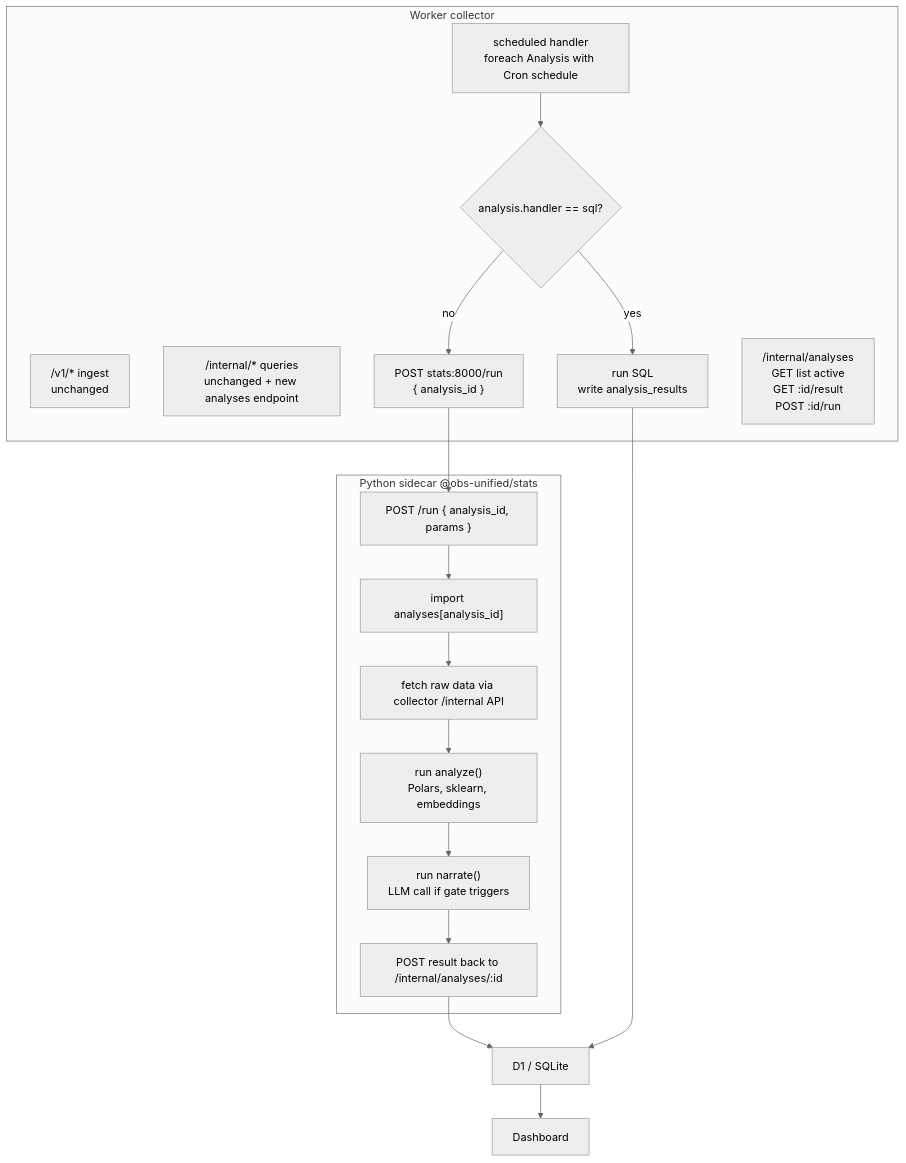
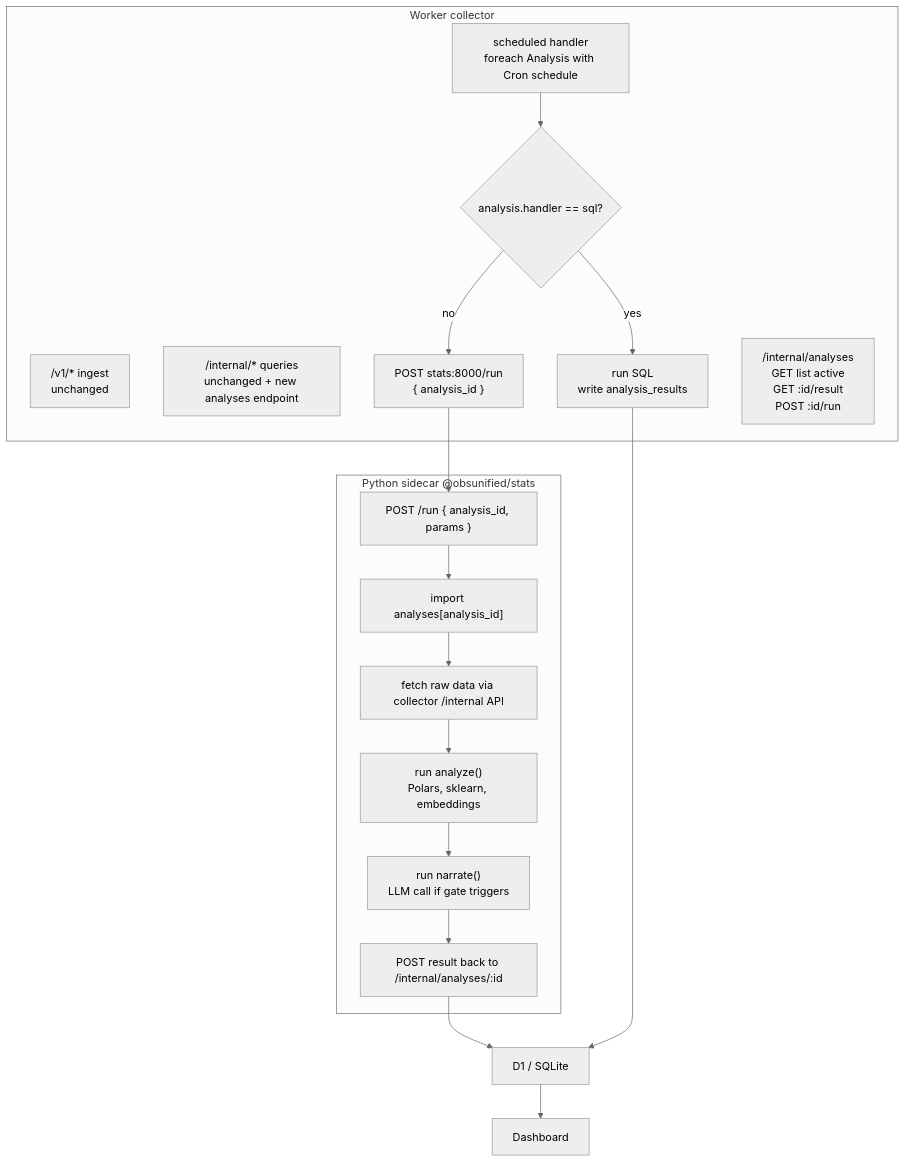
One commit to dev-sawan-ruparel/obs-unified changed the second of 5 diagrams in rfcs/0002-application-aware-analyses.md. Above: the diagram before and after it, drawn with Mermaid (neutral theme). The commit also changed other lines of this file and 284 other files, not shown here.

````diff
--- a/rfcs/0002-application-aware-analyses.md
+++ b/rfcs/0002-application-aware-analyses.md
@@ -179,30 +179,30 @@
 ```mermaid
 flowchart TB
   subgraph worker["Worker collector"]
     ingest["/v1/* ingest\nunchanged"]
     queries["/internal/* queries\nunchanged + new analyses endpoint"]
     scheduler["scheduled handler\nforeach Analysis with Cron schedule"]
     sql{"analysis.handler == sql?"}
     runSql["run SQL\nwrite analysis_results"]
     postStats["POST stats:8000/run\n{ analysis_id }"]
     analyses["/internal/analyses\nGET list active\nGET :id/result\nPOST :id/run"]
     scheduler --> sql
     sql -->|yes| runSql
     sql -->|no| postStats
   end
 
-  subgraph stats["Python sidecar @obs-unified/stats"]
+  subgraph stats["Python sidecar @obsunified/stats"]
     run["POST /run { analysis_id, params }"]
     importAnalysis["import analyses[analysis_id]"]
     fetchRaw["fetch raw data via collector /internal API"]
     analyzeStep["run analyze()\nPolars, sklearn, embeddings"]
     narrateStep["run narrate()\nLLM call if gate triggers"]
     writeBack["POST result back to /internal/analyses/:id"]
     run --> importAnalysis --> fetchRaw --> analyzeStep --> narrateStep --> writeBack
   end
 
   postStats --> run
   writeBack --> results["D1 / SQLite"]
   runSql --> results
   results --> dashboard["Dashboard"]
 ```
````
